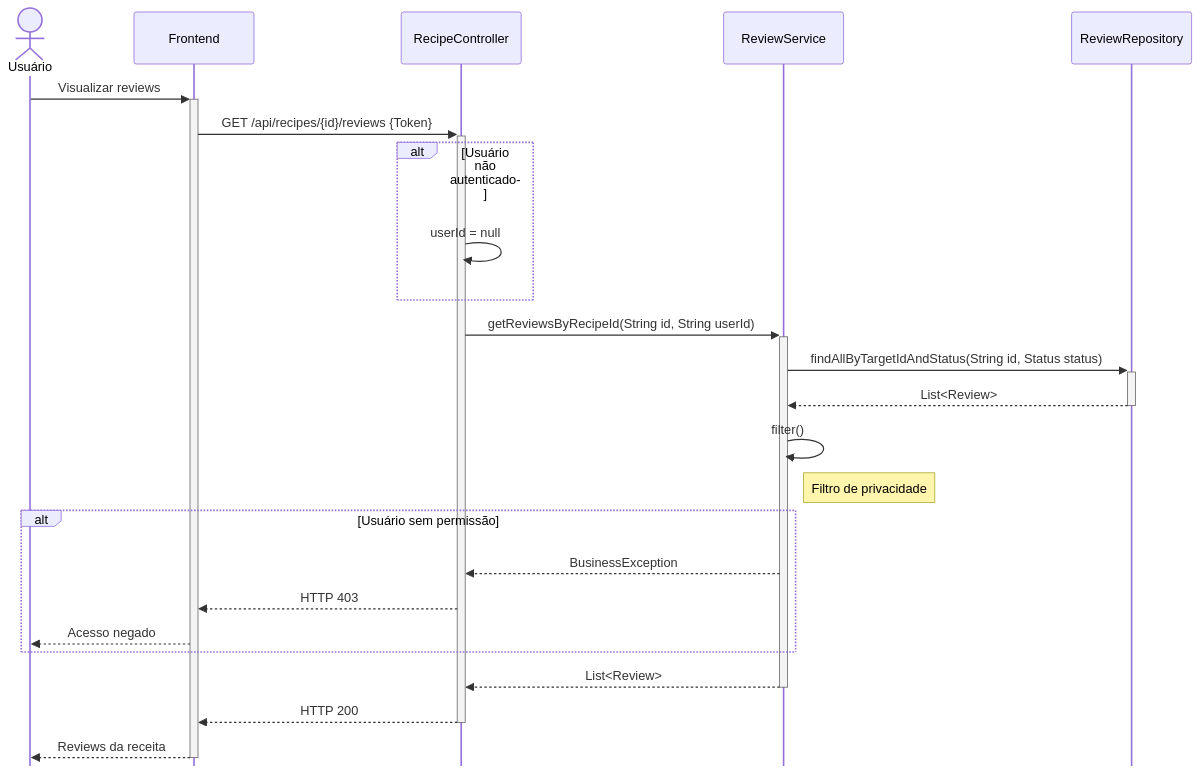
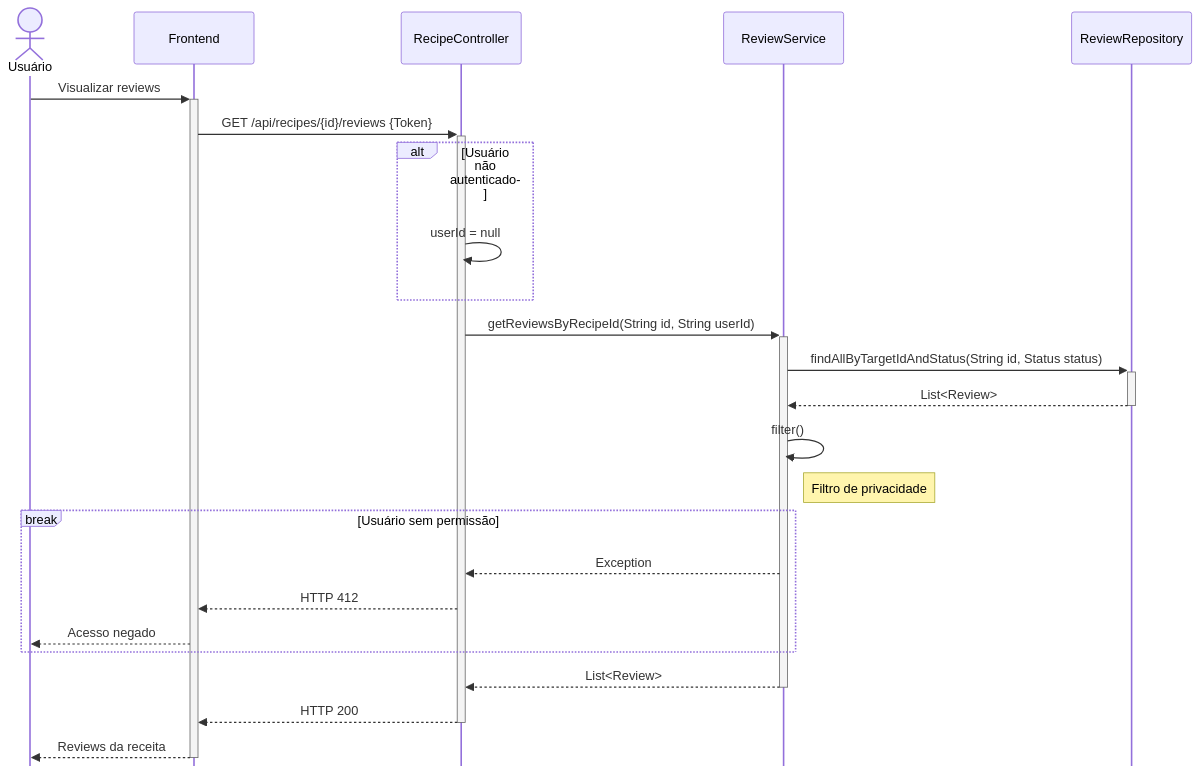
Before and after one commit to feliquisds/cooker-api: the diagram in docs/Diagramas de Sequência/05 Visualizar reviews.mmd, drawn with Mermaid. The commit also changed 16 other files, not shown here.

```diff
--- a/docs/Diagramas de Sequência/05 Visualizar reviews.mmd
+++ b/docs/Diagramas de Sequência/05 Visualizar reviews.mmd
@@ -1,40 +1,42 @@
 ---
 config:
     mirrorActors: false
 ---
 
 sequenceDiagram
     actor U as Usuário
     participant F as Frontend
     participant C as RecipeController
     participant S as ReviewService
     participant R as ReviewRepository
 
     U->>+F: Visualizar reviews
     F->>+C: GET /api/recipes/{id}/reviews {Token}
 
     alt Usuário não autenticado
         C->>C: userId = null
     end
 
     C->>+S: getReviewsByRecipeId(String id, String userId)
     S->>+R: findAllByTargetIdAndStatus(String id, Status status)
     R-->>-S: List<Review>
 
     S->>S: filter()
     Note right of S: Filtro de privacidade
     %% Somente visível caso:
     %% - O usuário é o próprio dono da receita
     %% - O usuário é público
     %% - A receita é pública
     %% - O livro de receita em que a receita está é público
+    %% - O review está como status APPROVED
+    %% - O usuário é o próprio autor do review
 
-    alt Usuário sem permissão
-        S-->>C: BusinessException
-        C-->>F: HTTP 403
+    break Usuário sem permissão
+        S-->>C: Exception
+        C-->>F: HTTP 412
         F-->>U: Acesso negado
     end
 
     S-->>-C: List<Review>
     C-->>-F: HTTP 200
     F-->>-U: Reviews da receita
```
